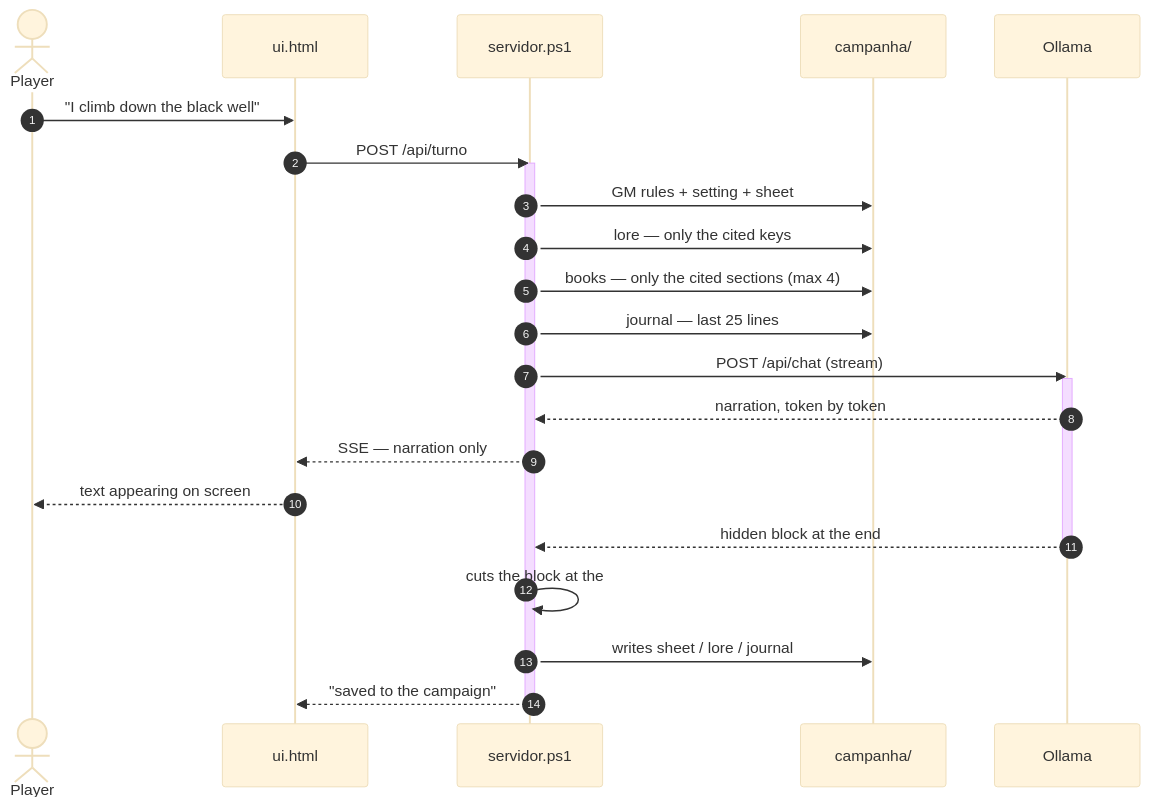
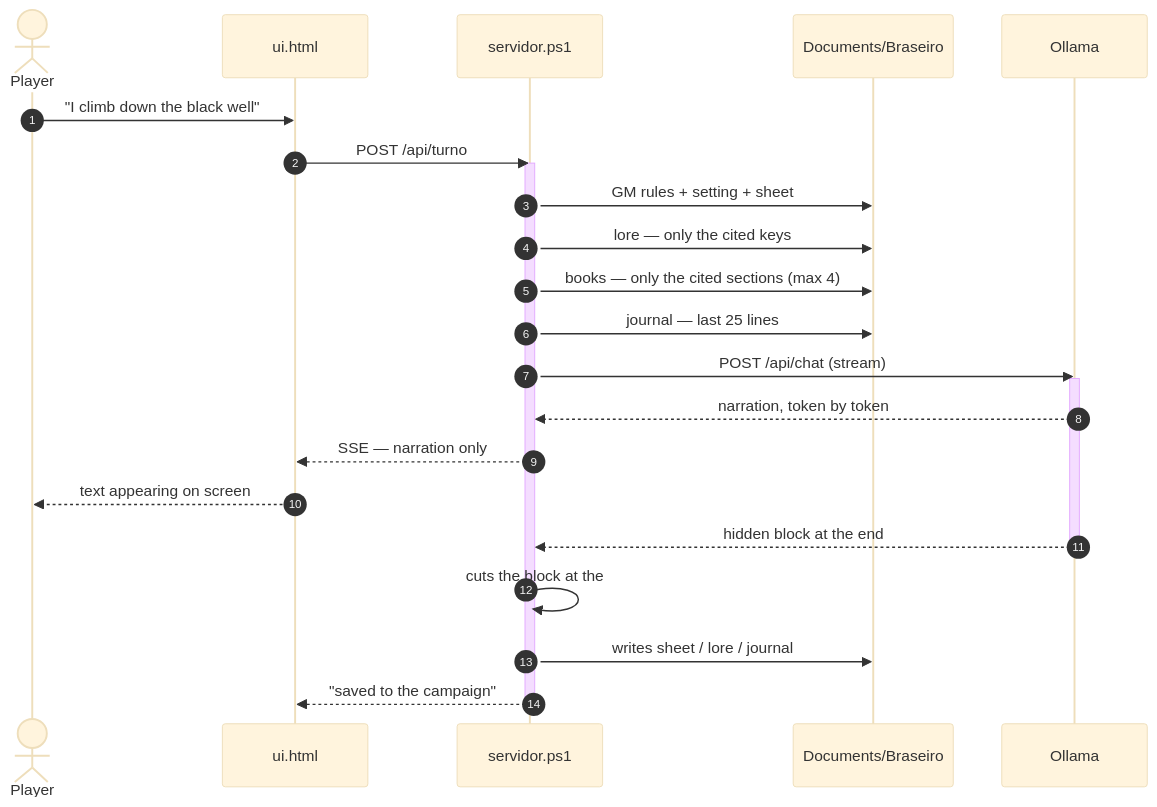
The first of 3 diagrams in README.en.md (madeiragab/braseiro), drawn with Mermaid (base theme) before and after one commit. The commit also changed other lines of this file and 15 other files, not shown here.

````diff
--- a/README.en.md
+++ b/README.en.md
@@ -50,28 +50,28 @@
 ```mermaid
 sequenceDiagram
     autonumber
     actor P as Player
     participant U as ui.html
     participant S as servidor.ps1
-    participant C as campanha/
+    participant C as Documents/Braseiro
     participant O as Ollama
 
     P->>U: "I climb down the black well"
     U->>S: POST /api/turno
     activate S
     S->>C: GM rules + setting + sheet
     S->>C: lore — only the cited keys
     S->>C: books — only the cited sections (max 4)
     S->>C: journal — last 25 lines
     S->>O: POST /api/chat (stream)
     activate O
     O-->>S: narration, token by token
     S-->>U: SSE — narration only
     U-->>P: text appearing on screen
     O-->>S: hidden block at the end
     deactivate O
     S->>S: cuts the block at the ###
     S->>C: writes sheet / lore / journal
     S-->>U: "saved to the campaign"
     deactivate S
 ```
````
